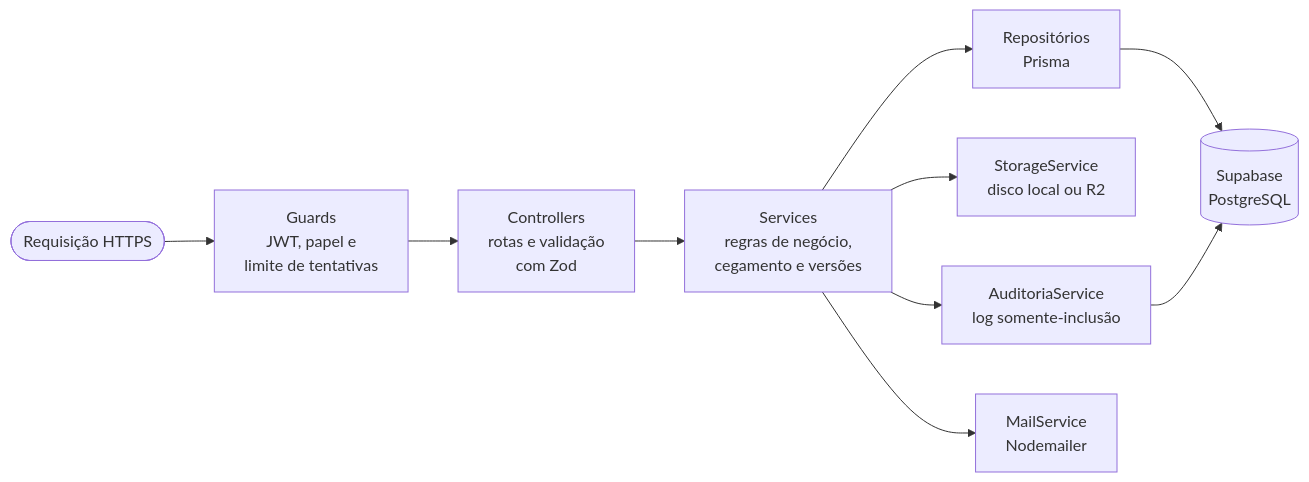
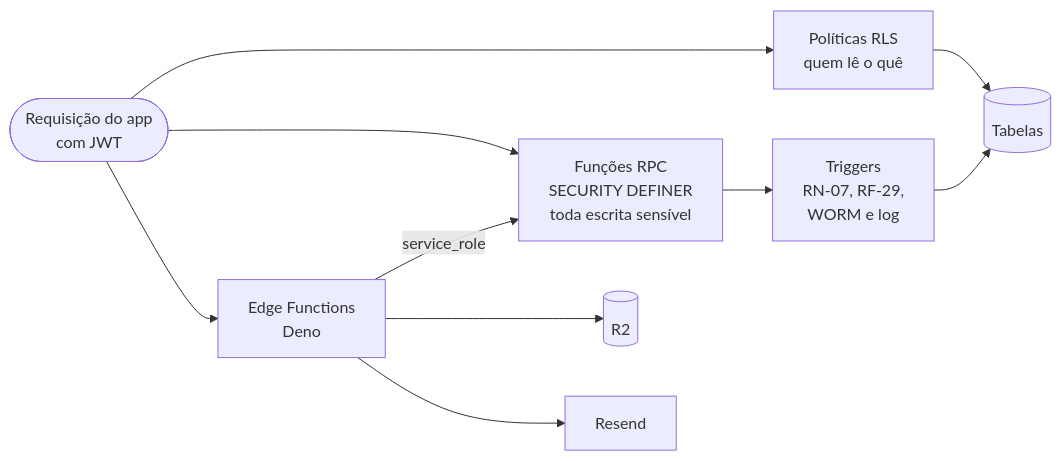
One commit to Matheus-Lordron/ki67 changed the third of 13 diagrams in docs/02-arquitetura.md. Above: the diagram before and after it, drawn with Mermaid. The commit also changed other lines of this file and 116 other files, not shown here.

````diff
--- a/docs/02-arquitetura.md
+++ b/docs/02-arquitetura.md
@@ -70,12 +84,12 @@
 ```mermaid
 flowchart LR
-    REQ(["Requisição HTTPS"]) --> G["Guards<br/>JWT, papel e<br/>limite de tentativas"]
-    G --> C["Controllers<br/>rotas e validação<br/>com Zod"]
-    C --> SV["Services<br/>regras de negócio,<br/>cegamento e versões"]
-    SV --> RP["Repositórios<br/>Prisma"]
-    RP --> DB[("Supabase<br/>PostgreSQL")]
-    SV --> ST["StorageService<br/>disco local ou R2"]
-    SV --> AU["AuditoriaService<br/>log somente-inclusão"]
-    AU --> DB
-    SV --> MAIL["MailService<br/>Nodemailer"]
+    REQ(["Requisição do app<br/>com JWT"]) --> RLS["Políticas RLS<br/>quem lê o quê"]
+    REQ --> RPC["Funções RPC<br/>SECURITY DEFINER<br/>toda escrita sensível"]
+    RPC --> TRG["Triggers<br/>RN-07, RF-29,<br/>WORM e log"]
+    RLS --> DB[("Tabelas")]
+    TRG --> DB
+    REQ --> EF["Edge Functions<br/>Deno"]
+    EF -->|"service_role"| RPC
+    EF --> R2[("R2")]
+    EF --> MAIL["Resend"]
 ```
````
